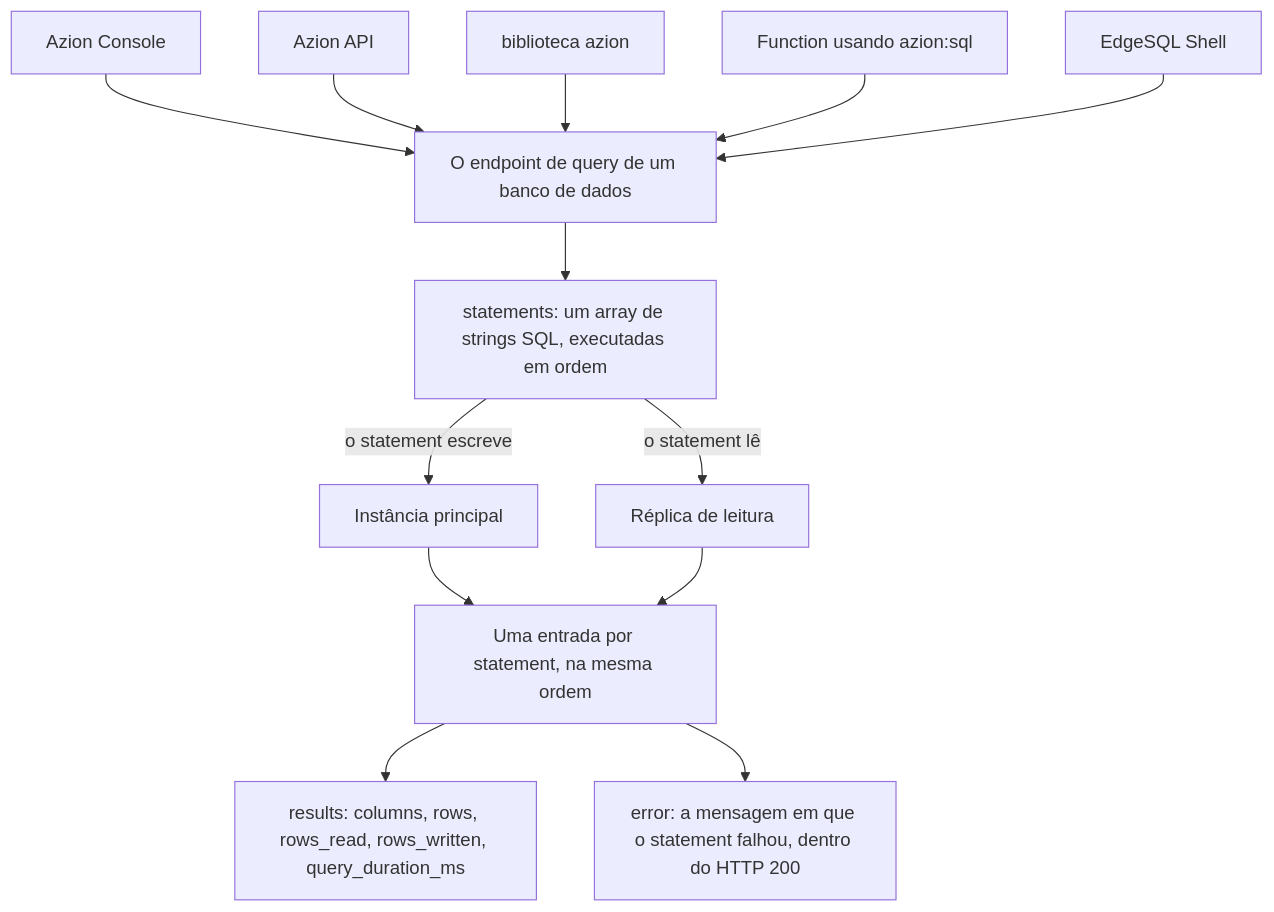
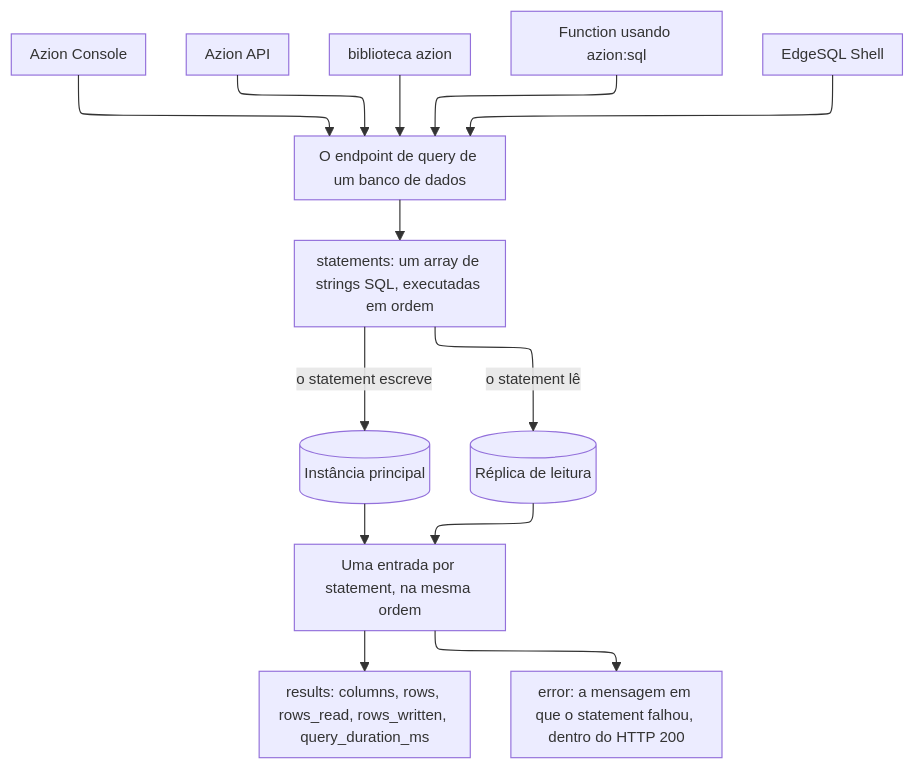
Before and after one commit to aziontech/docs: the diagram in apps/docs/src/content/docs/pt-br/pages/store/sql-database/como-funciona.mdx, drawn with Mermaid. The commit also changed 179 other files, not shown here.

Commit message:
docs(diagrams): redraw every other diagram in the use-case diagram style (#2513)

````diff
--- a/apps/docs/src/content/docs/pt-br/pages/store/sql-database/como-funciona.mdx
+++ b/apps/docs/src/content/docs/pt-br/pages/store/sql-database/como-funciona.mdx
@@ -55,15 +55,16 @@
 ```mermaid
+%%{init: {"layout": "elk", "themeVariables": {"fontSize": "13px"}, "flowchart": {"nodeSpacing": 24, "rankSpacing": 36, "padding": 8, "wrappingWidth": 150, "useMaxWidth": true}, "sequence": {"width": 120, "actorMargin": 30, "useMaxWidth": true}}}%%
 flowchart TD
   Console["Azion Console"] --> Endpoint["O endpoint de query de um banco de dados"]
   Api["Azion API"] --> Endpoint
   Library["biblioteca azion"] --> Endpoint
   FunctionCaller["Function usando azion:sql"] --> Endpoint
   Shell["EdgeSQL Shell"] --> Endpoint
   Endpoint --> Statements["statements: um array de strings SQL, executadas em ordem"]
-  Statements -->|"o statement escreve"| Main["Instância principal"]
-  Statements -->|"o statement lê"| Replica["Réplica de leitura"]
+  Statements -->|"o statement escreve"| Main[("Instância principal")]
+  Statements -->|"o statement lê"| Replica[("Réplica de leitura")]
   Main --> Entry["Uma entrada por statement, na mesma ordem"]
   Replica --> Entry
   Entry --> Results["results: columns, rows, rows_read, rows_written, query_duration_ms"]
   Entry --> Error["error: a mensagem em que o statement falhou, dentro do HTTP 200"]
 ```
````
